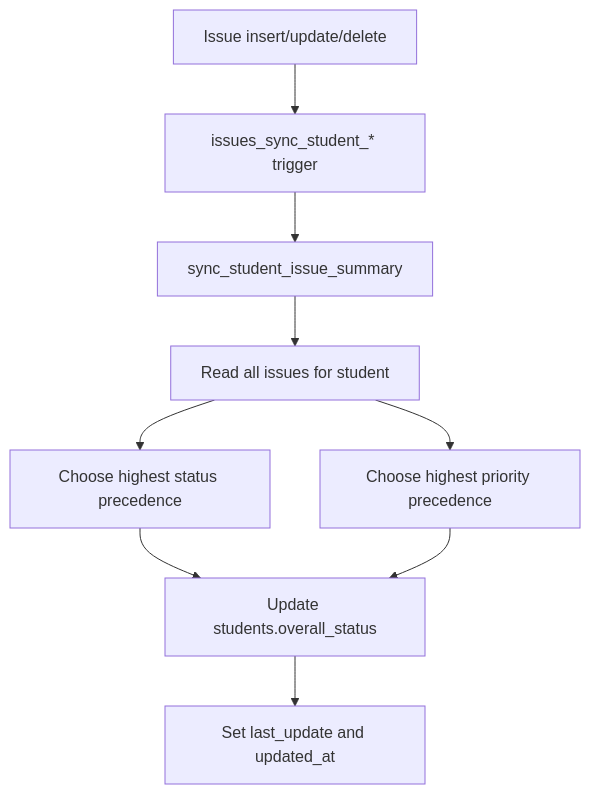
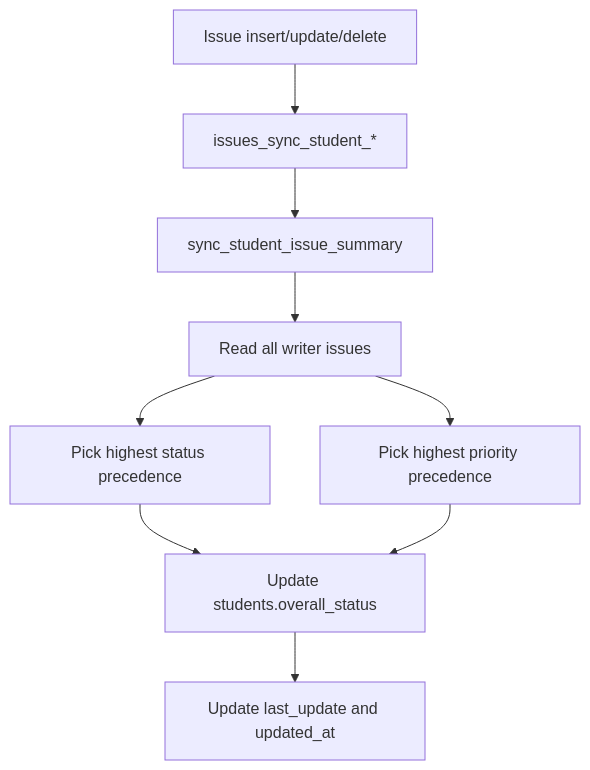
One commit to muhammadjamshed7/Assignmentwork changed diagram 16 of 17 in SYSTEM_FLOW.md. Above: the diagram before and after it, drawn with Mermaid. The commit also changed other lines of this file and 18 other files, not shown here.

````diff
--- a/SYSTEM_FLOW.md
+++ b/SYSTEM_FLOW.md
@@ -546,11 +628,11 @@
 ```mermaid
 flowchart TD
-  IssueMutation[Issue insert/update/delete] --> Trigger[issues_sync_student_* trigger]
+  IssueChange[Issue insert/update/delete] --> Trigger[issues_sync_student_*]
   Trigger --> SummaryFn[sync_student_issue_summary]
-  SummaryFn --> StudentIssues[Read all issues for student]
-  StudentIssues --> HighestStatus[Choose highest status precedence]
-  StudentIssues --> HighestPriority[Choose highest priority precedence]
-  HighestStatus --> UpdateStudent[Update students.overall_status]
-  HighestPriority --> UpdateStudent
-  UpdateStudent --> LastUpdate[Set last_update and updated_at]
+  SummaryFn --> ReadIssues[Read all writer issues]
+  ReadIssues --> PickStatus[Pick highest status precedence]
+  ReadIssues --> PickPriority[Pick highest priority precedence]
+  PickStatus --> UpdateStudent[Update students.overall_status]
+  PickPriority --> UpdateStudent
+  UpdateStudent --> LastUpdate[Update last_update and updated_at]
 ```
````
